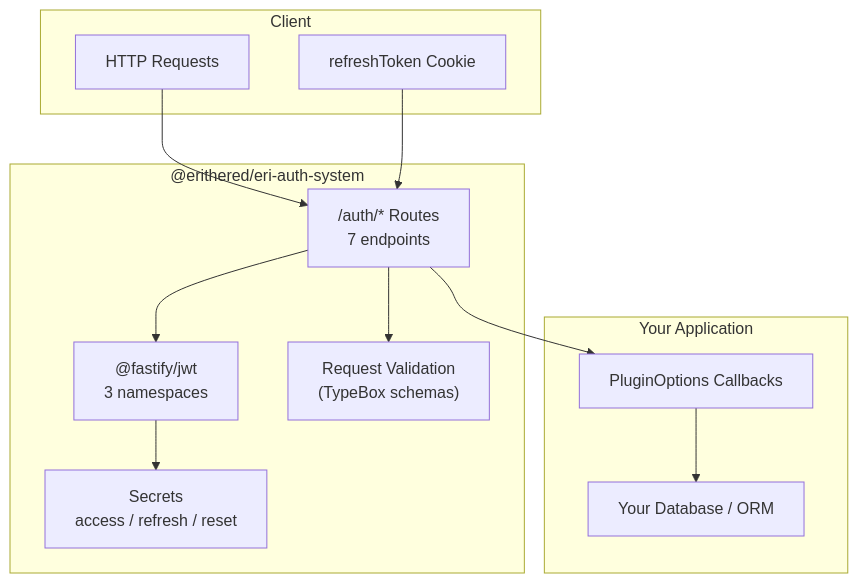
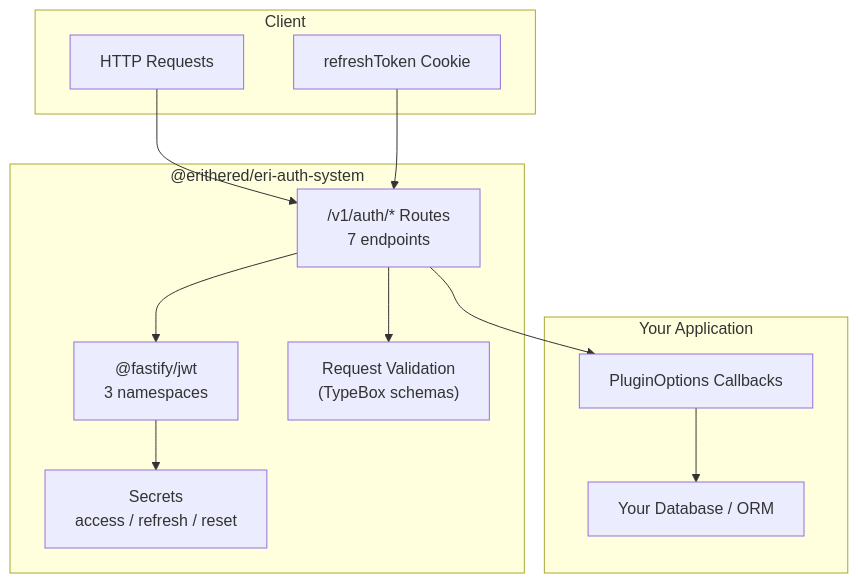
The diagram in docs/_media/docs/README.md (SirEriTheRed/eri-auth-system), drawn with Mermaid before and after one commit. The commit also changed other lines of this file and 13 other files, not shown here.

````diff
--- a/docs/_media/docs/README.md
+++ b/docs/_media/docs/README.md
@@ -97,27 +97,27 @@
 ```mermaid
 graph TB
     subgraph Client["Client"]
         HTTP[HTTP Requests]
         Cookie["refreshToken Cookie"]
     end
 
     subgraph Plugin["@erithered/eri-auth-system"]
-        Routes["/auth/* Routes<br/>7 endpoints"]
+        Routes["/v1/auth/* Routes<br/>7 endpoints"]
         Secrets["Secrets<br/>access / refresh / reset"]
         JWT["@fastify/jwt<br/>3 namespaces"]
         Validation["Request Validation<br/>(TypeBox schemas)"]
     end
 
     subgraph You["Your Application"]
         Callbacks["PluginOptions Callbacks"]
         DB["Your Database / ORM"]
     end
 
     HTTP --> Routes
     Cookie --> Routes
     Routes --> JWT
     Routes --> Validation
     JWT --> Secrets
     Routes --> Callbacks
     Callbacks --> DB
 ```
````
